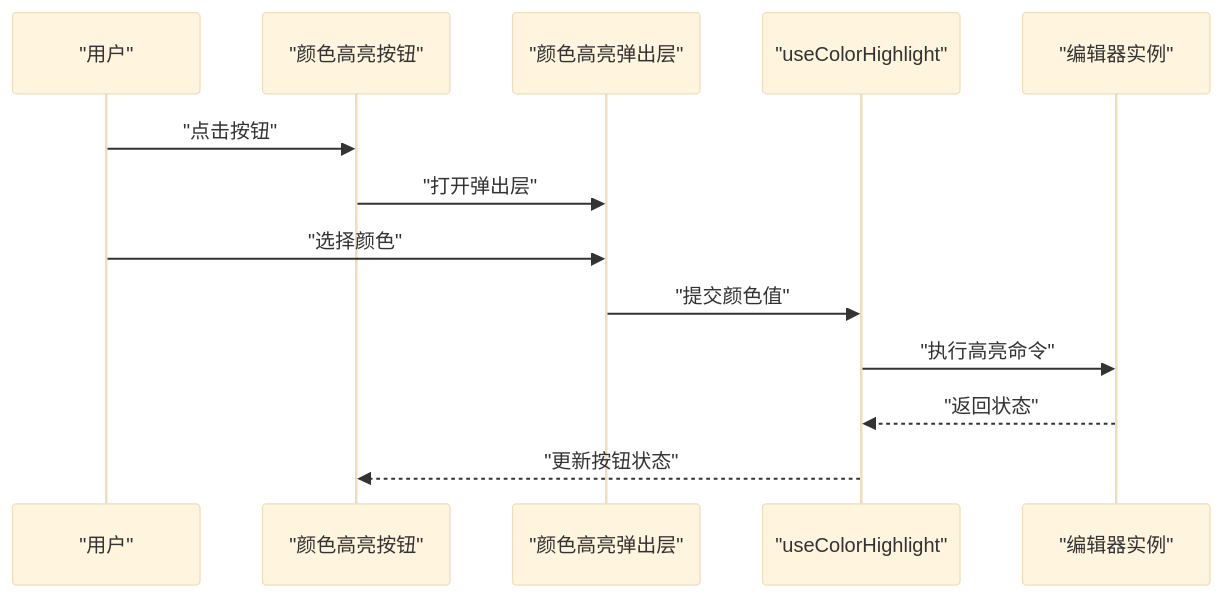
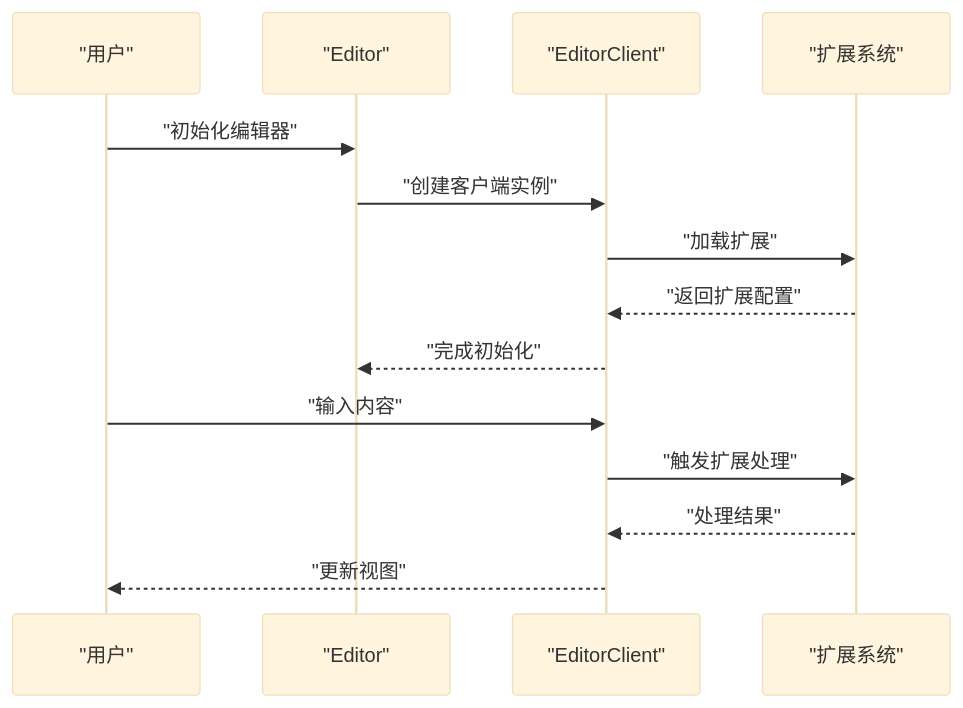
Before and after one commit to gzdxhujiale/FishWorker: the third of 7 diagrams in .qoder/repowiki/zh/content/TipTap 编辑器系统/TipTap 编辑器系统.md, drawn with Mermaid (base theme). The commit also changed other lines of this file and 19 other files, not shown here.

````diff
--- a/.qoder/repowiki/zh/content/TipTap 编辑器系统/TipTap 编辑器系统.md
+++ b/.qoder/repowiki/zh/content/TipTap 编辑器系统/TipTap 编辑器系统.md
@@ -385,15 +183,16 @@
 ```mermaid
 sequenceDiagram
 participant U as "用户"
-participant B as "颜色高亮按钮"
-participant P as "颜色高亮弹出层"
-participant H as "useColorHighlight"
-participant E as "编辑器实例"
-U->>B : "点击按钮"
-B->>P : "打开弹出层"
-U->>P : "选择颜色"
-P->>H : "提交颜色值"
-H->>E : "执行高亮命令"
-E-->>H : "返回状态"
-H-->>B : "更新按钮状态"
+participant E as "Editor"
+participant C as "EditorClient"
+participant EXT as "扩展系统"
+U->>E : "初始化编辑器"
+E->>C : "创建客户端实例"
+C->>EXT : "加载扩展"
+EXT-->>C : "返回扩展配置"
+C-->>E : "完成初始化"
+U->>C : "输入内容"
+C->>EXT : "触发扩展处理"
+EXT-->>C : "处理结果"
+C-->>U : "更新视图"
 ```
````
